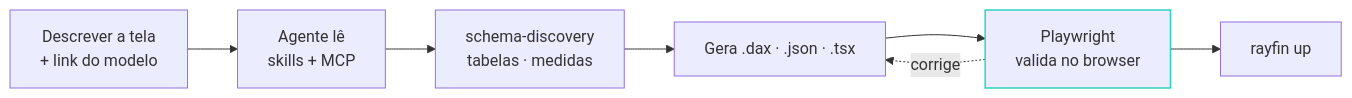
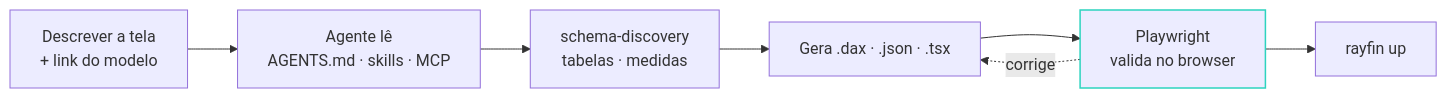
The diagram in slides/07-agentes.md (alisonpezzott/data-saturday-vix-2026), drawn with Mermaid before and after one commit. The commit also changed other lines of this file and 13 other files, not shown here.

````diff
--- a/slides/07-agentes.md
+++ b/slides/07-agentes.md
@@ -49,11 +5,11 @@
 ```mermaid
 flowchart LR
-  P["Descrever a tela<br/>+ link do modelo"] --> A["Agente lê<br/>skills + MCP"]
+  P["Descrever a tela<br/>+ link do modelo"] --> A["Agente lê<br/>AGENTS.md · skills · MCP"]
   A --> D["schema-discovery<br/>tabelas · medidas"]
   D --> G["Gera .dax · .json · .tsx"]
   G --> V["Playwright<br/>valida no browser"]
   V --> U["rayfin up"]
   V -. "corrige" .-> G
   classDef acc stroke:#2dd4bf,stroke-width:1.5px
   class V acc
 ```
````
